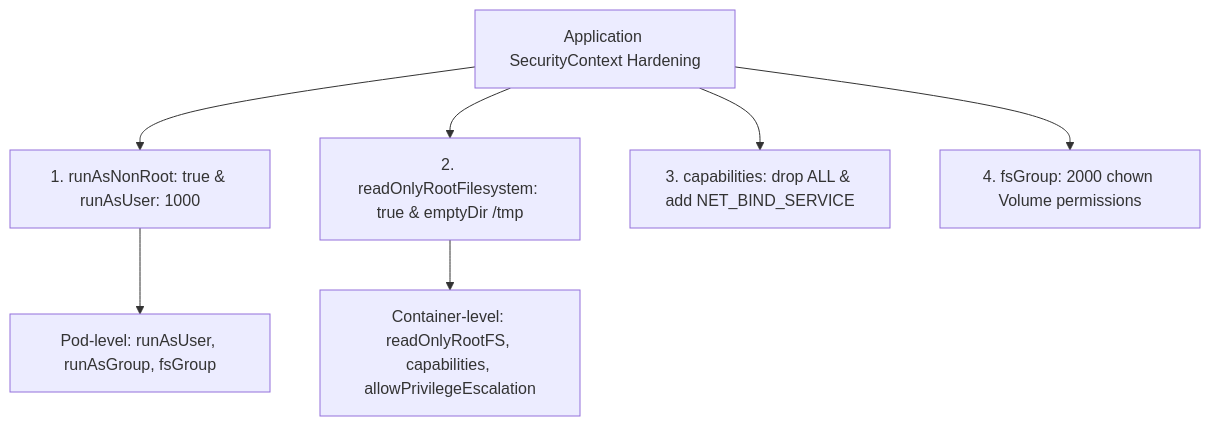
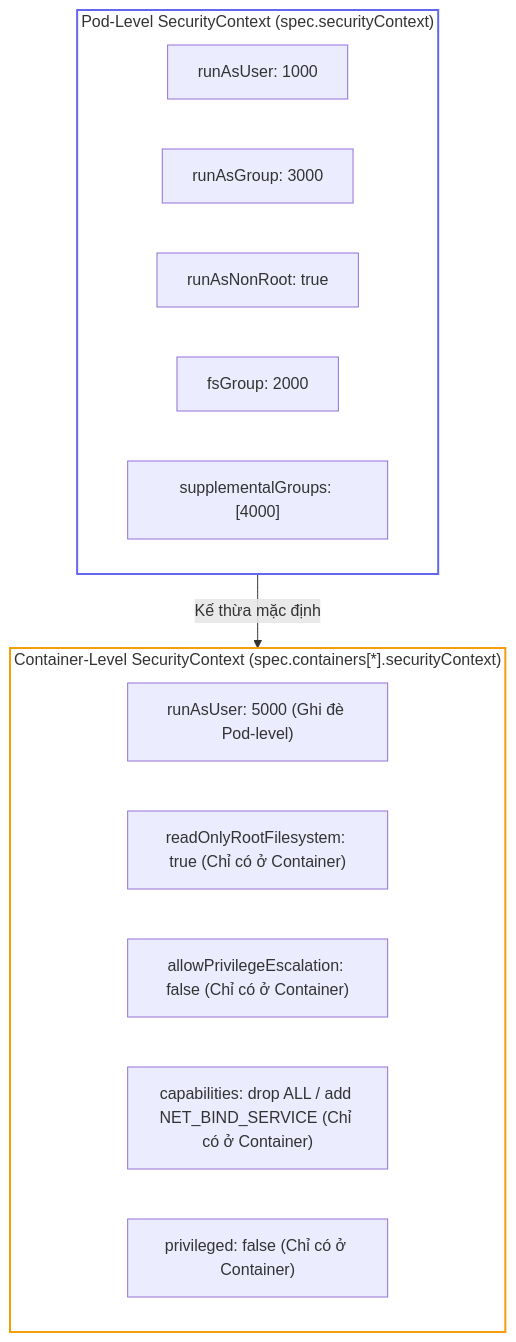
One commit to kiennt308/ntk changed the second of 4 diagrams in _posts/2026-09-12-ckad-11-11-securitycontext-cho-ung-dung.md. Above: the diagram before and after it, drawn with Mermaid. The commit also changed other lines of this file and 13 other files, not shown here.

````diff
--- a/_posts/2026-09-12-ckad-11-11-securitycontext-cho-ung-dung.md
+++ b/_posts/2026-09-12-ckad-11-11-securitycontext-cho-ung-dung.md
@@ -341,10 +78,23 @@
 ```mermaid
 graph TD
-    SecurityContext[Application SecurityContext Hardening] --> NonRoot[1. runAsNonRoot: true & runAsUser: 1000]
-    SecurityContext --> ReadOnly[2. readOnlyRootFilesystem: true & emptyDir /tmp]
-    SecurityContext --> Caps[3. capabilities: drop ALL & add NET_BIND_SERVICE]
-    SecurityContext --> FSGroup[4. fsGroup: 2000 chown Volume permissions]
-    
-    NonRoot --> PodLevel[Pod-level: runAsUser, runAsGroup, fsGroup]
-    ReadOnly --> ContainerLevel[Container-level: readOnlyRootFS, capabilities, allowPrivilegeEscalation]
+    subgraph PodLevel["Pod-Level SecurityContext (spec.securityContext)"]
+        P1["runAsUser: 1000"]
+        P2["runAsGroup: 3000"]
+        P3["runAsNonRoot: true"]
+        P4["fsGroup: 2000"]
+        P5["supplementalGroups: [4000]"]
+    end
+
+    subgraph ContainerLevel["Container-Level SecurityContext (spec.containers[*].securityContext)"]
+        C1["runAsUser: 5000 (Ghi đè Pod-level)"]
+        C2["readOnlyRootFilesystem: true (Chỉ có ở Container)"]
+        C3["allowPrivilegeEscalation: false (Chỉ có ở Container)"]
+        C4["capabilities: drop ALL / add NET_BIND_SERVICE (Chỉ có ở Container)"]
+        C5["privileged: false (Chỉ có ở Container)"]
+    end
+
+    PodLevel -->|"Kế thừa mặc định"| ContainerLevel
+
+    style PodLevel fill:none,stroke:#6366f1,stroke-width:2px
+    style ContainerLevel fill:none,stroke:#f59e0b,stroke-width:2px
 ```
````
